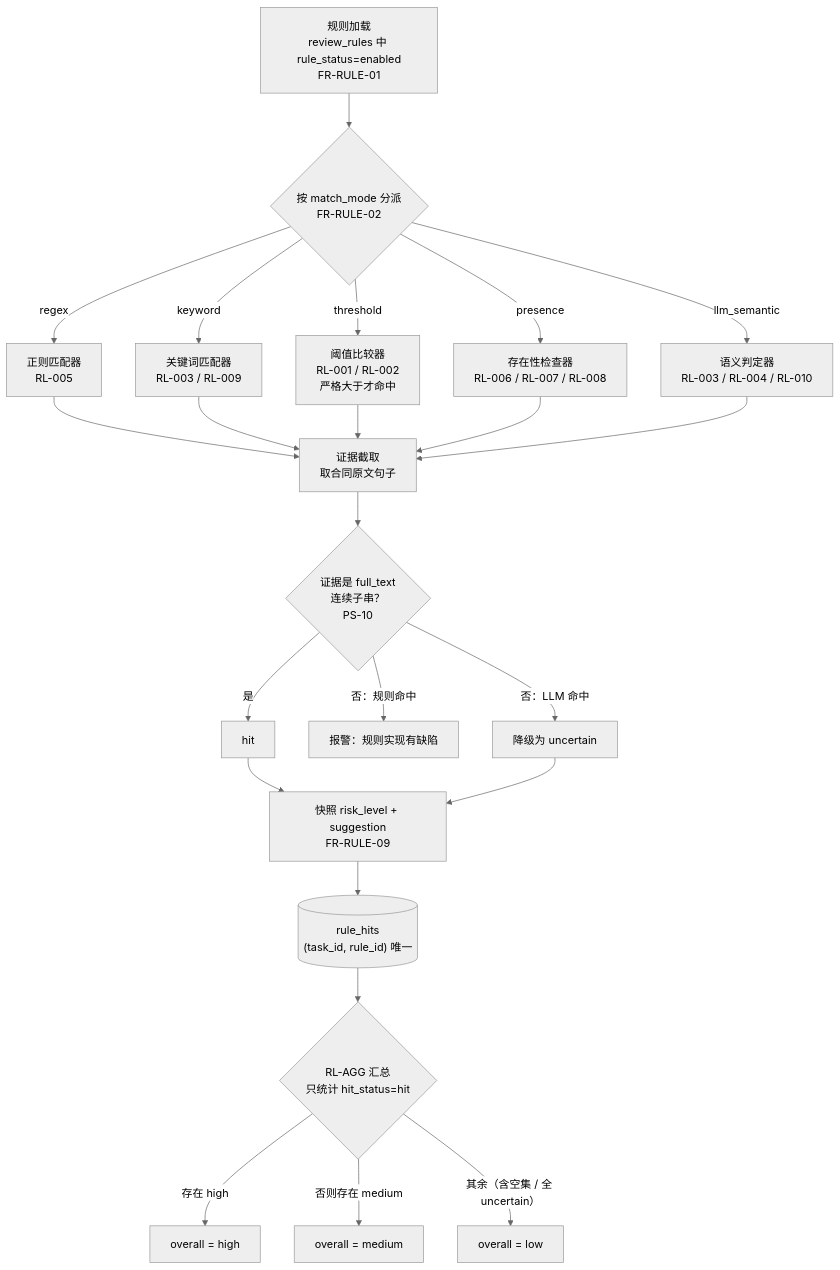
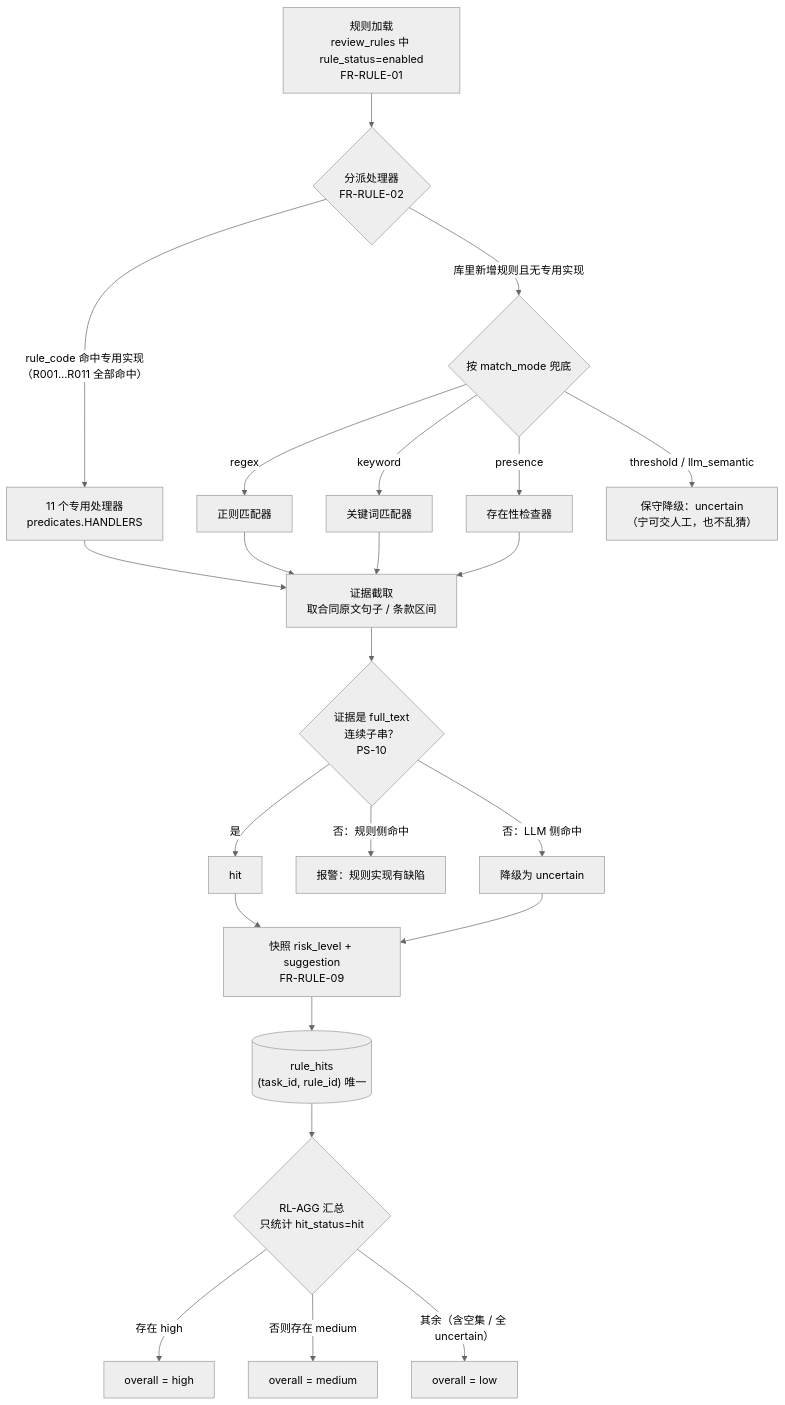
Before and after one commit to lihaozhen-max/ClauseGuard: diagram 11 of 15 in docs/架构图.md, drawn with Mermaid (neutral theme). The commit also changed other lines of this file and 2 other files, not shown here.

First line of the commit message:
docs(架构): 架构图同步到 v1.1 —— 加"给小白"的讲解层 + 修正 7 处与代码脱节

````diff
--- a/docs/架构图.md
+++ b/docs/架构图.md
@@ -592,30 +793,30 @@
 ```mermaid
 flowchart TD
-    LOAD["规则加载<br/>review_rules 中 rule_status=enabled<br/>FR-RULE-01"] --> DISPATCH{"按 match_mode 分派<br/>FR-RULE-02"}
+    LOAD["规则加载<br/>review_rules 中 rule_status=enabled<br/>FR-RULE-01"] --> DISPATCH{"分派处理器<br/>FR-RULE-02"}
 
-    DISPATCH -->|"regex"| MR["正则匹配器<br/>RL-005"]
-    DISPATCH -->|"keyword"| MK["关键词匹配器<br/>RL-003 / RL-009"]
-    DISPATCH -->|"threshold"| MT["阈值比较器<br/>RL-001 / RL-002<br/>严格大于才命中"]
-    DISPATCH -->|"presence"| MP["存在性检查器<br/>RL-006 / RL-007 / RL-008"]
-    DISPATCH -->|"llm_semantic"| ML["语义判定器<br/>RL-003 / RL-004 / RL-010"]
+    DISPATCH -->|"rule_code 命中专用实现<br/>（R001…R011 全部命中）"| SPEC["11 个专用处理器<br/>predicates.HANDLERS"]
+    DISPATCH -->|"库里新增规则且无专用实现"| MODE{"按 match_mode 兜底"}
+    MODE -->|"regex"| MR["正则匹配器"]
+    MODE -->|"keyword"| MK["关键词匹配器"]
+    MODE -->|"presence"| MP["存在性检查器"]
+    MODE -->|"threshold / llm_semantic"| MU["保守降级：uncertain<br/>（宁可交人工，也不乱猜）"]
 
-    MR --> EV["证据截取<br/>取合同原文句子"]
+    SPEC --> EV["证据截取<br/>取合同原文句子 / 条款区间"]
+    MR --> EV
     MK --> EV
-    MT --> EV
     MP --> EV
-    ML --> EV
 
     EV --> GUARD{"证据是 full_text<br/>连续子串？<br/>PS-10"}
     GUARD -->|"是"| HIT["hit"]
-    GUARD -->|"否：规则命中"| BUG["报警：规则实现有缺陷"]
-    GUARD -->|"否：LLM 命中"| UNC["降级为 uncertain"]
+    GUARD -->|"否：规则侧命中"| BUG["报警：规则实现有缺陷"]
+    GUARD -->|"否：LLM 侧命中"| UNC["降级为 uncertain"]
 
     HIT --> SNAP["快照 risk_level + suggestion<br/>FR-RULE-09"]
     UNC --> SNAP
     SNAP --> SAVE[("rule_hits<br/>(task_id, rule_id) 唯一")]
 
     SAVE --> AGG{"RL-AGG 汇总<br/>只统计 hit_status=hit"}
     AGG -->|"存在 high"| RH["overall = high"]
     AGG -->|"否则存在 medium"| RM["overall = medium"]
     AGG -->|"其余（含空集 / 全 uncertain）"| RL["overall = low"]
 ```
````
